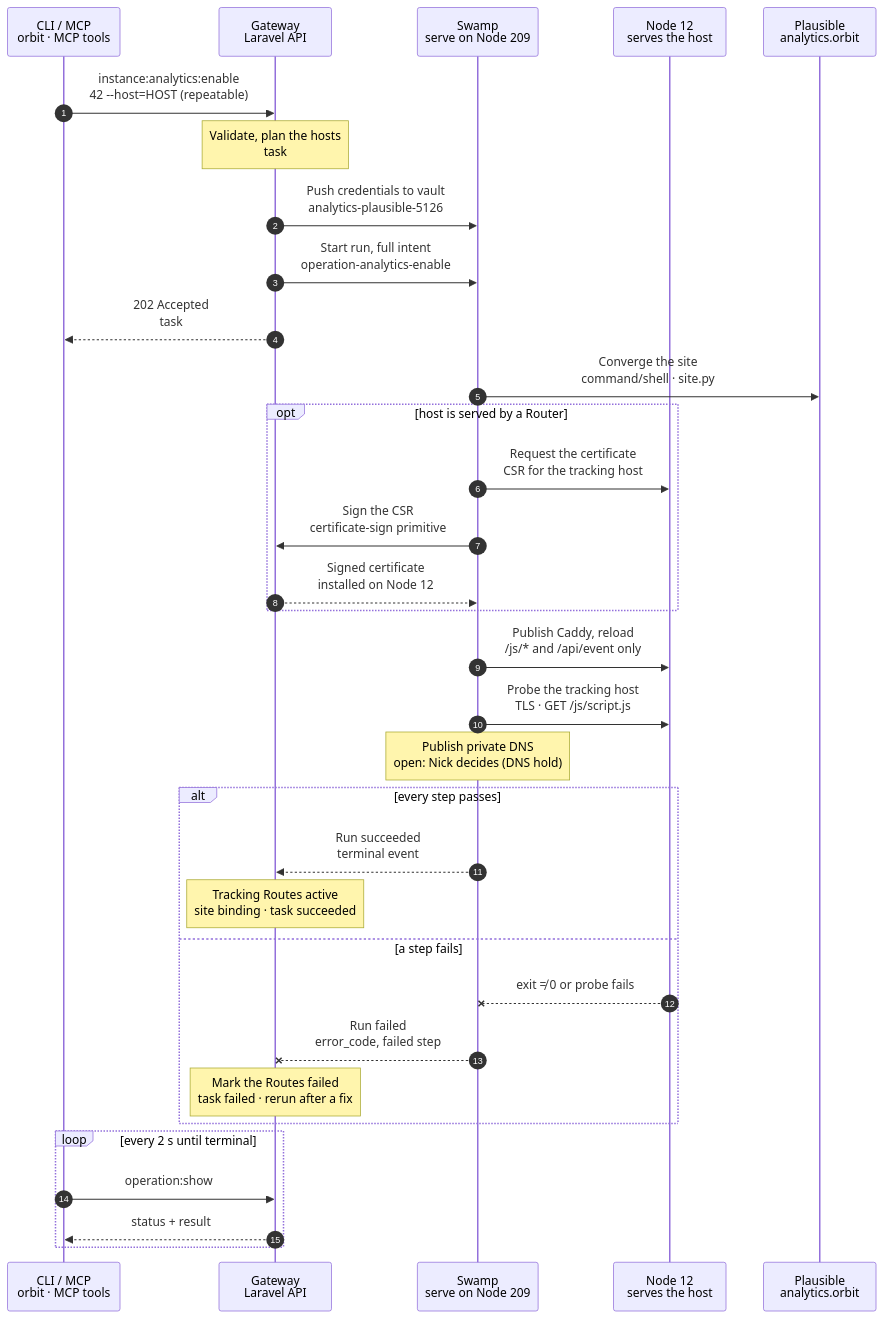
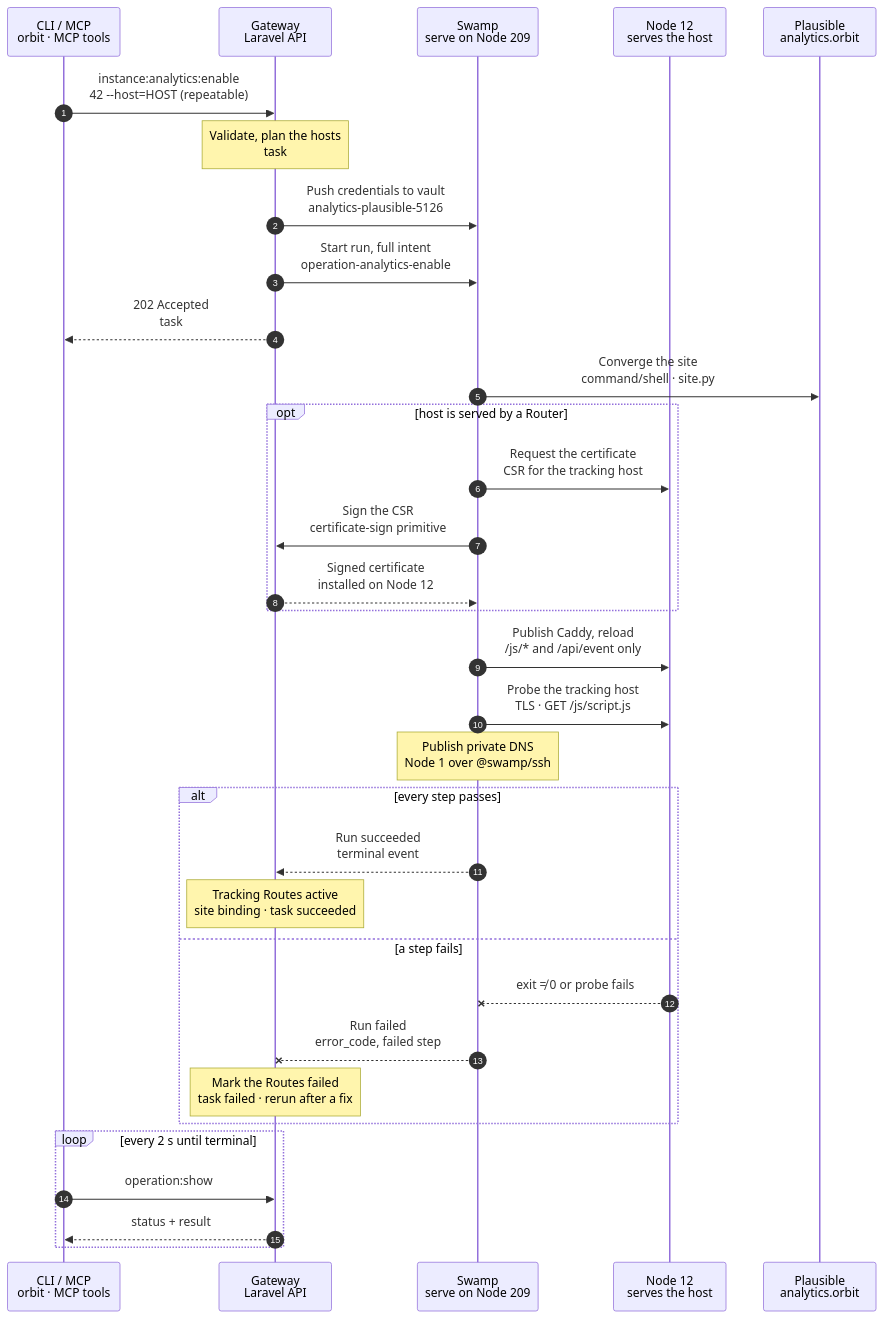
One commit to hardimpactdev/orbit changed the diagram in docs/flows/analytics.enable.mmd. Above: the diagram before and after it, drawn with Mermaid.

Commit message:
docs(flows): analytics.enable

```diff
--- a/docs/flows/analytics.enable.mmd
+++ b/docs/flows/analytics.enable.mmd
@@ -1,121 +1,121 @@
 sequenceDiagram
-  %% Target design: ADR 0244 task, Recall analytics-plausible-via-swamp, DECISIONS 1 (cert signing), 2 (DNS hold), R2-R4. docs/reference/analytics.md.
+  %% Target design: ADR 0244 task, Recall analytics-plausible-via-swamp, DECISIONS 1 (cert signing), R2-R4. docs/reference/analytics.md.
   %% status: draft
   %% command: instance:analytics:enable
   autonumber
   %% lane CLI icon=terminal pill=caller tone=gray
   %% lane GW icon=gateway pill=intent tone=blue
   %% lane SW icon=workflow pill=executes tone=green
   %% lane N icon=server pill=target tone=amber
   %% lane P icon=server pill=target tone=purple
   participant CLI as CLI / MCP<br/>orbit · MCP tools
   participant GW as Gateway<br/>Laravel API
   participant SW as Swamp<br/>serve on Node 209
   participant N as Node 12<br/>serves the host
   participant P as Plausible<br/>analytics.orbit
   CLI->>GW: instance:analytics:enable<br/>42 --host=HOST (repeatable)
   %%> Command:
   %%> - `orbit instance:analytics:enable 42 --host=stats.shop.example.com`
   %%> - syntax: `<instance> [--host=HOST]... [--json]`
   %%> Input:
   %%> - the Instance ID
   %%> - up to ten tracking hosts; without `--host`, `analytics.<instance domain>`
   %%> What it does:
   %%> - creates or updates the Instance's Plausible site, and publishes the tracking hosts
   %%> - sets the exact host set: hosts you leave out are removed
   Note over GW: Validate, plan the hosts<br/>task #5126 · Instance lock
   %%> Requirements:
   %%> - your Node has an access grant to Node 12
   %%> - a Node has the active `analytics` role (`analytics.role_missing`)
   %%> - Instance 42 serves a domain (`analytics.domain_required`)
   %%> - no other Route owns a named host (`analytics.host_taken`)
   %%> - no other analytics or Route change runs for Instance 42; the Gateway holds one lock
   %%> Builds:
   %%> - the site domain (the Instance's own domain), timezone and goals
   %%> - each host's tracking Route, copying the Node, Cluster and publication of the Instance's Route
   %%> - the Caddy sites, certificate requests and before state
   %%> Result:
   %%> - tracking Routes recorded as provisioning; task #5126 recorded with the full intent
   GW->>SW: Push credentials to vault<br/>analytics-plausible-5126
   %%> What it does:
   %%> - writes the Plausible login to the Swamp vault after commit (R3)
   %%> Why:
   %%> - the workflow gets only the vault key name, never the value
   GW->>SW: Start run, full intent<br/>operation-analytics-enable
   %%> What it does:
   %%> - starts one Swamp run on serve (Node 209)
   %%> Inputs:
   %%> - the site, goals, hosts, Caddy sites and certificate requests
   %%> - Node 12's address and SSH host keys; the SSH identity comes from the `swamp` role
   GW-->>CLI: 202 Accepted<br/>task #5126
   %%> What you get:
   %%> - the task number, at once
   %%> Next:
   %%> - the CLI follows the task with `operation:show`
   SW->>P: Converge the site<br/>command/shell · site.py
   %%> How:
   %%> - one shipped script logs in at `https://analytics.orbit` with the vault credentials
   %%> What it does:
   %%> - creates the site when it is missing, or updates it; never a duplicate
   %%> - sets the timezone and the requested goals, checks them, and logs out, also after a failure
   %%> Never:
   %%> - session cookies or tokens in outputs or files
   opt host is served by a Router
     SW->>N: Request the certificate<br/>CSR for the tracking host
     %%> When:
     %%> - only when Instance 42's Route is Cluster-scoped; then Node 12 is the Router
     %%> What it does:
     %%> - makes a key and a CSR on Node 12; the private key never leaves it
     %%> - public Ingress uses its own automatic public certificates
     SW->>GW: Sign the CSR<br/>certificate-sign primitive
     %%> Why a call to the Gateway:
     %%> - certificate signing is the one allowed step→Gateway call; the Orbit CA stays in the Gateway
     GW-->>SW: Signed certificate<br/>installed on Node 12
     %%> Returns:
     %%> - the signed certificate; Swamp installs it on Node 12
   end
   SW->>N: Publish Caddy, reload<br/>/js/* and /api/event only
   %%> What it does:
   %%> - adds a site per host that proxies only Plausible's script and event paths over WireGuard; every other path answers 404
   %%> - removes sites of hosts you left out; validates, then reloads Caddy without a restart
   SW->>N: Probe the tracking host<br/>TLS · GET /js/script.js
   %%> What it does:
   %%> - checks the host answers with a valid certificate and serves the script
-  Note over SW: Publish private DNS<br/>open: Nick decides (DNS hold)
+  Note over SW: Publish private DNS<br/>Node 1 over @swamp/ssh
   %%> What it does:
   %%> - publishes the hosts' private DNS records, waits the 31-second grace, then withdraws old placements
-  %%> Open:
-  %%> - the DNS hold (`native-dns-takeover-held`) is in force; Nick decides how Route DNS is published
   %%> Not included:
   %%> - the public CNAME; `instance:analytics:show` names the record to create
+  %%> How:
+  %%> - over SSH from 209 to the VPN Node (Node 1), with the `swamp` role's key
   alt every step passes
     SW-->>GW: Run succeeded<br/>terminal event
     %%> How the Gateway learns it:
     %%> - its shared run reader sees the terminal event; Swamp never calls the Gateway
     Note over GW: Tracking Routes active<br/>site binding · task succeeded
     %%> Result:
     %%> - the tracking Routes become active; removed hosts' Routes are deleted
     %%> - the Plausible site binding is saved; task #5126 succeeds
   else a step fails
     N--xSW: exit ≠ 0 or probe fails
     %%> When:
     %%> - the Plausible call, a certificate, Caddy or the probe fails
     SW--xGW: Run failed<br/>error_code, failed step
     %%> The Gateway reads:
     %%> - which step failed and its public error code; never a Plausible response body
     Note over GW: Mark the Routes failed<br/>task failed · rerun after a fix
     %%> Result:
     %%> - the tracking Routes stay, marked failed; task #5126 fails
     %%> On the Node:
     %%> - a Plausible site already created stays; a rerun finds and reuses it
     %%> Retry:
     %%> - run the same command again; it converges the same site and hosts
   end
   loop every 2 s until terminal
     CLI->>GW: operation:show #5126
     %%> What it does:
     %%> - asks for the task's status every 2 seconds until it has ended
     GW-->>CLI: status + result
     %%> Returns:
     %%> - the current status, and the result once the task has ended
   end
```
